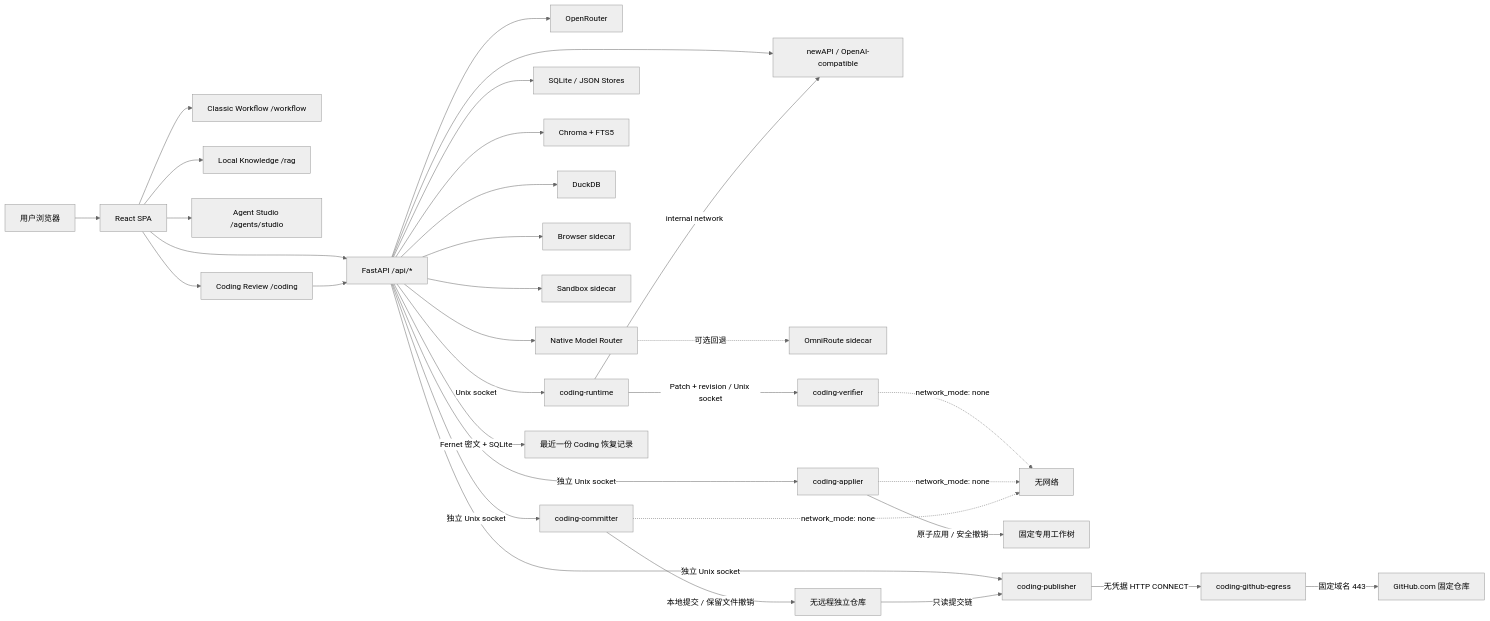
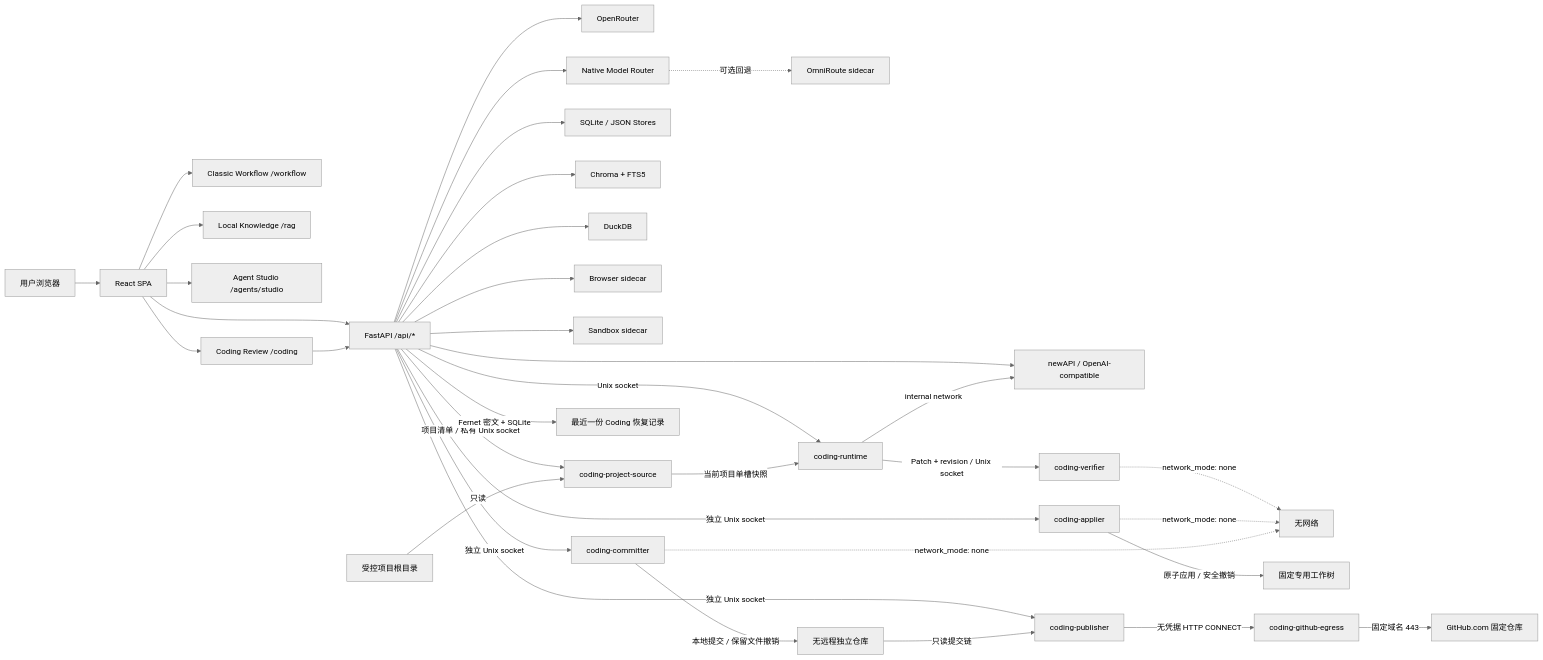
The first of 3 diagrams in docs/ARCHITECTURE.md (PinkElf-Elysia/ModelMirror), drawn with Mermaid (neutral theme) before and after one commit. The commit also changed other lines of this file and 4 other files, not shown here.

````diff
--- a/docs/ARCHITECTURE.md
+++ b/docs/ARCHITECTURE.md
@@ -50,37 +51,40 @@
 ```mermaid
 flowchart LR
   U["用户浏览器"] --> SPA["React SPA"]
   SPA --> API["FastAPI /api/*"]
 
   SPA --> WF["Classic Workflow /workflow"]
   SPA --> RAG["Local Knowledge /rag"]
   SPA --> STUDIO["Agent Studio /agents/studio"]
   SPA --> CODING["Coding Review /coding"]
   CODING --> API
 
   API --> GW["newAPI / OpenAI-compatible"]
   API --> OR["OpenRouter"]
   API --> ROUTER["Native Model Router"]
   ROUTER -. "可选回退" .-> OMNI["OmniRoute sidecar"]
 
   API --> SQL["SQLite / JSON Stores"]
   API --> VECTOR["Chroma + FTS5"]
   API --> DX["DuckDB"]
   API --> BROWSER["Browser sidecar"]
   API --> SANDBOX["Sandbox sidecar"]
   API -->|"Unix socket"| CODER["coding-runtime"]
+  API -->|"项目清单 / 私有 Unix socket"| PROJECTS["coding-project-source"]
+  ROOT["受控项目根目录"] -->|"只读"| PROJECTS
+  PROJECTS -->|"当前项目单槽快照"| CODER
   CODER -->|"internal network"| GW
   CODER -->|"Patch + revision / Unix socket"| VERIFY["coding-verifier"]
   VERIFY -. "network_mode: none" .-> OFFLINE["无网络"]
   API -->|"独立 Unix socket"| APPLY["coding-applier"]
   APPLY -->|"原子应用 / 安全撤销"| TARGET["固定专用工作树"]
   APPLY -. "network_mode: none" .-> OFFLINE
   API -->|"独立 Unix socket"| COMMIT["coding-committer"]
   COMMIT -->|"本地提交 / 保留文件撤销"| REPO["无远程独立仓库"]
   COMMIT -. "network_mode: none" .-> OFFLINE
   API -->|"Fernet 密文 + SQLite"| RECOVERY["最近一份 Coding 恢复记录"]
   API -->|"独立 Unix socket"| PUBLISH["coding-publisher"]
   REPO -->|"只读提交链"| PUBLISH
   PUBLISH -->|"无凭据 HTTP CONNECT"| EGRESS["coding-github-egress"]
   EGRESS -->|"固定域名 443"| GITHUB["GitHub.com 固定仓库"]
 ```
````
